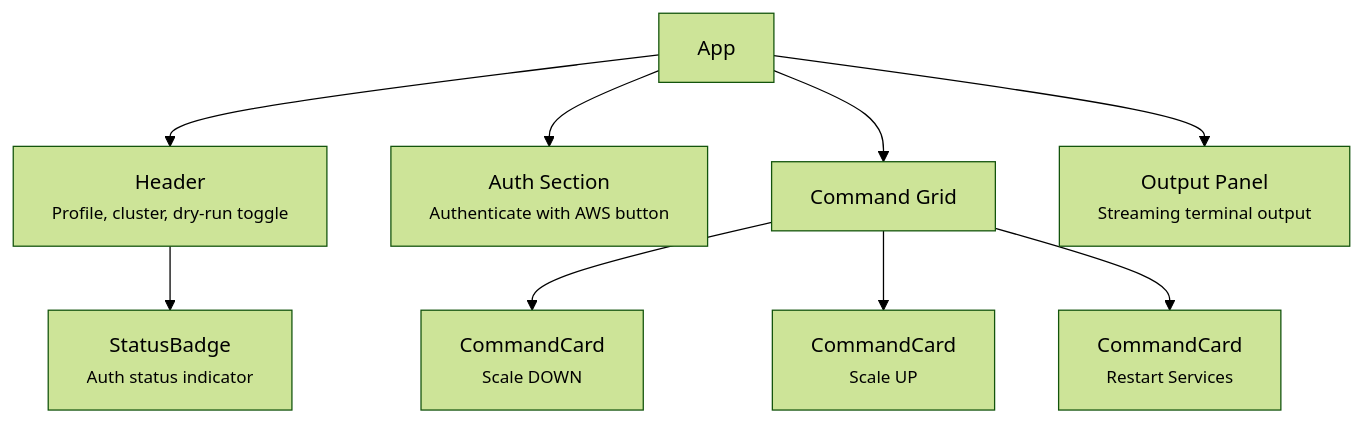
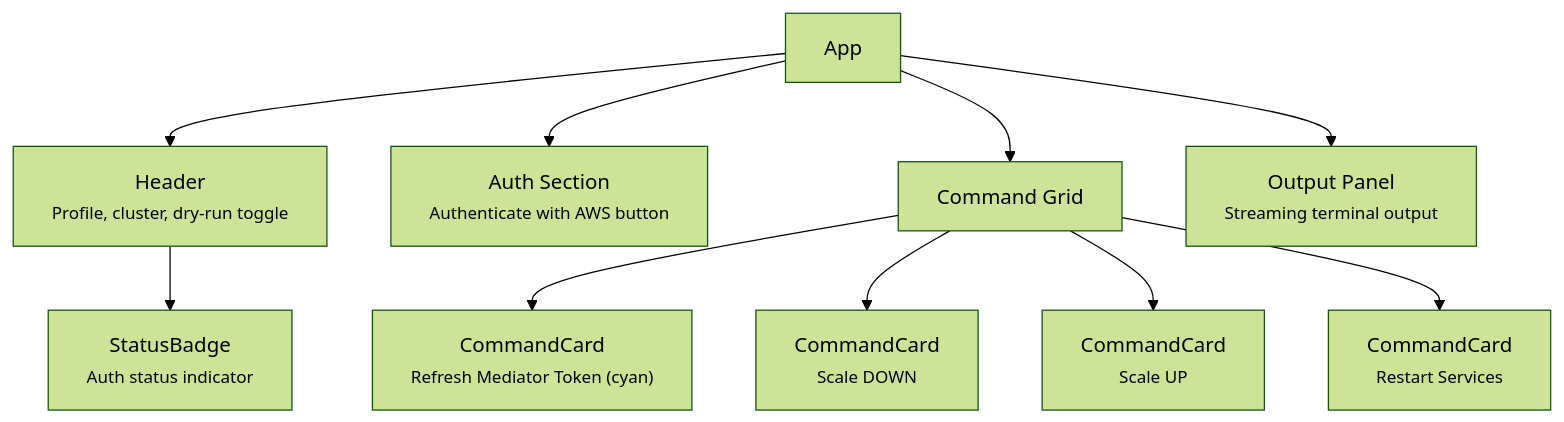
One commit to rzulfekarcbs/kube-commander changed the fourth of 4 diagrams in README.md. Above: the diagram before and after it, drawn with Mermaid (forest theme). The commit also changed other lines of this file and 3 other files, not shown here.

First line of the commit message:
Add Mediator Token Refresh functionality and update UI components

````diff
--- a/README.md
+++ b/README.md
@@ -85,13 +141,14 @@
 ```mermaid
 graph TD
     App["App"]
     App --> Header["Header<br/><small>Profile, cluster, dry-run toggle</small>"]
     App --> AuthSection["Auth Section<br/><small>Authenticate with AWS button</small>"]
     App --> CommandGrid["Command Grid"]
     App --> OutputPanel["Output Panel<br/><small>Streaming terminal output</small>"]
 
     Header --> StatusBadge["StatusBadge<br/><small>Auth status indicator</small>"]
+    CommandGrid --> Card0["CommandCard<br/><small>Refresh Mediator Token (cyan)</small>"]
     CommandGrid --> Card1["CommandCard<br/><small>Scale DOWN</small>"]
     CommandGrid --> Card2["CommandCard<br/><small>Scale UP</small>"]
     CommandGrid --> Card3["CommandCard<br/><small>Restart Services</small>"]
 ```
````
